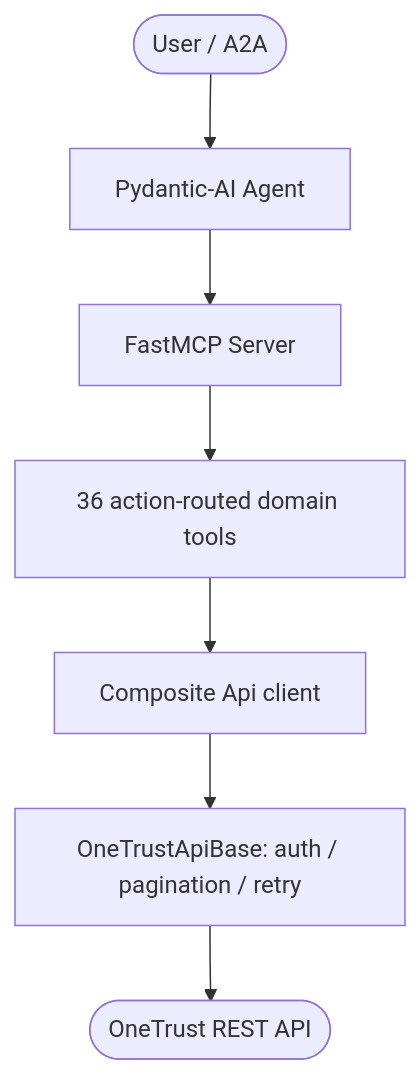
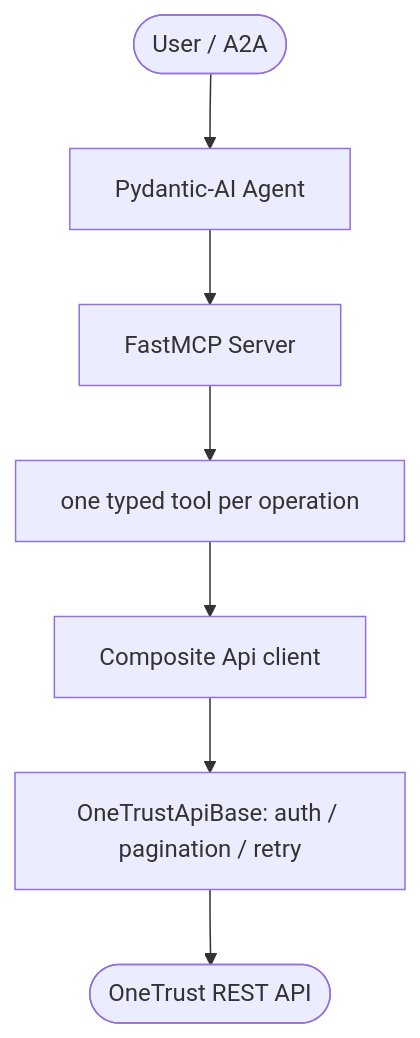
Before and after one commit to Knuckles-Team/onetrust-api: the diagram in docs/overview.md, drawn with Mermaid. The commit also changed other lines of this file and 82 other files, not shown here.

First line of the commit message:
Serve every OneTrust operation as a typed tool and complete the connector surface (#38)

````diff
--- a/docs/overview.md
+++ b/docs/overview.md
@@ -38,9 +36,9 @@
 ```mermaid
 graph TD
     User([User / A2A]) --> Agent[Pydantic-AI Agent]
     Agent --> MCP[FastMCP Server]
-    MCP --> Tools[36 action-routed domain tools]
+    MCP --> Tools[one typed tool per operation]
     Tools --> Api[Composite Api client]
     Api --> Base[OneTrustApiBase: auth / pagination / retry]
     Base --> OneTrust([OneTrust REST API])
 ```
````
